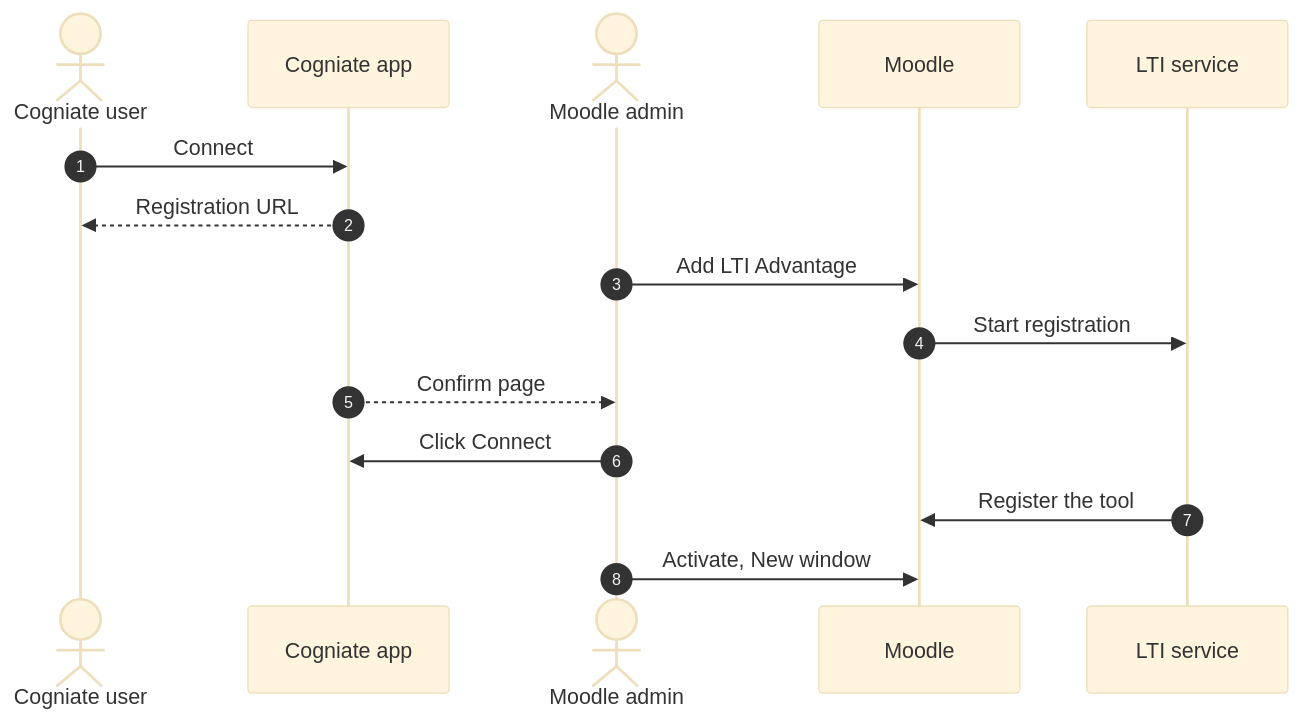
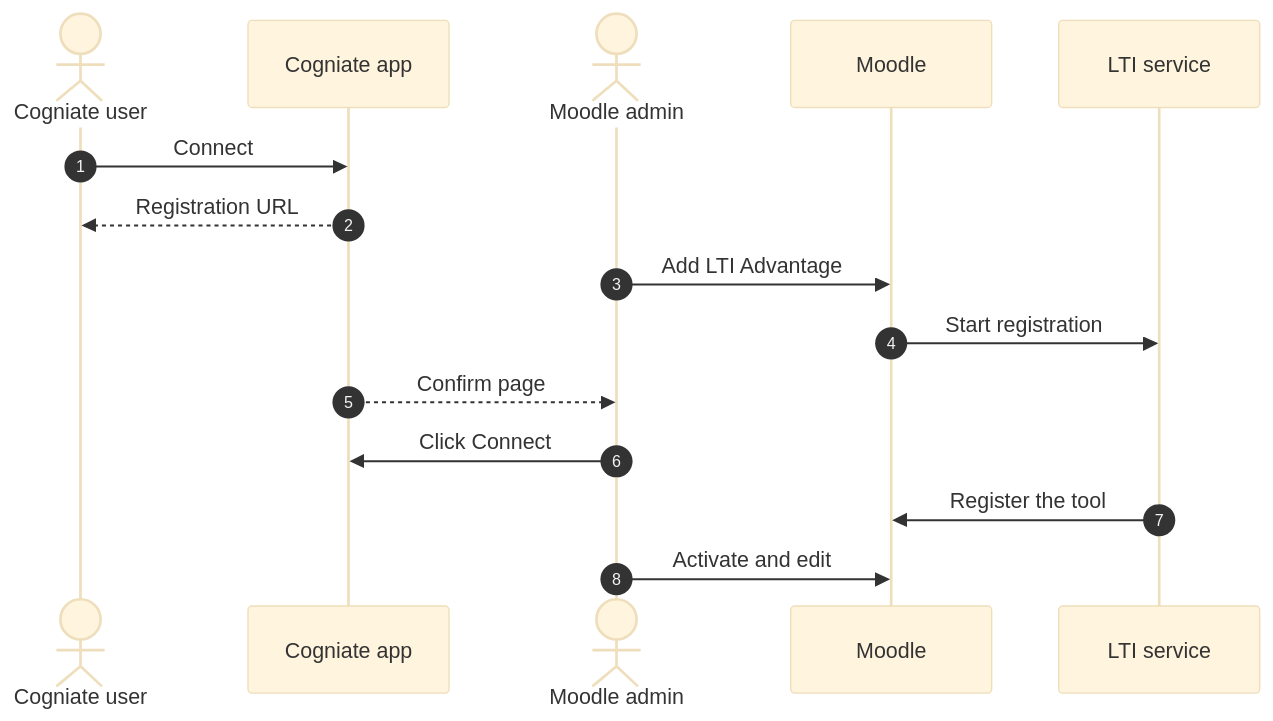
The first of 5 diagrams in docs/human_review/flows.md (nguyenthanhquang152/cogniate_moodle_integration_prototype), drawn with Mermaid (base theme) before and after one commit. The commit also changed other lines of this file and 21 other files, not shown here.

````diff
--- a/docs/human_review/flows.md
+++ b/docs/human_review/flows.md
@@ -22,17 +22,17 @@
 ```mermaid
 sequenceDiagram
     autonumber
     actor CU as Cogniate user
     participant COG as Cogniate app
     actor MA as Moodle admin
     participant M as Moodle
     participant LTI as LTI service
     CU->>COG: Connect
     COG-->>CU: Registration URL
     MA->>M: Add LTI Advantage
     M->>LTI: Start registration
     COG-->>MA: Confirm page
     MA->>COG: Click Connect
     LTI->>M: Register the tool
-    MA->>M: Activate, New window
+    MA->>M: Activate and edit
 ```
````
